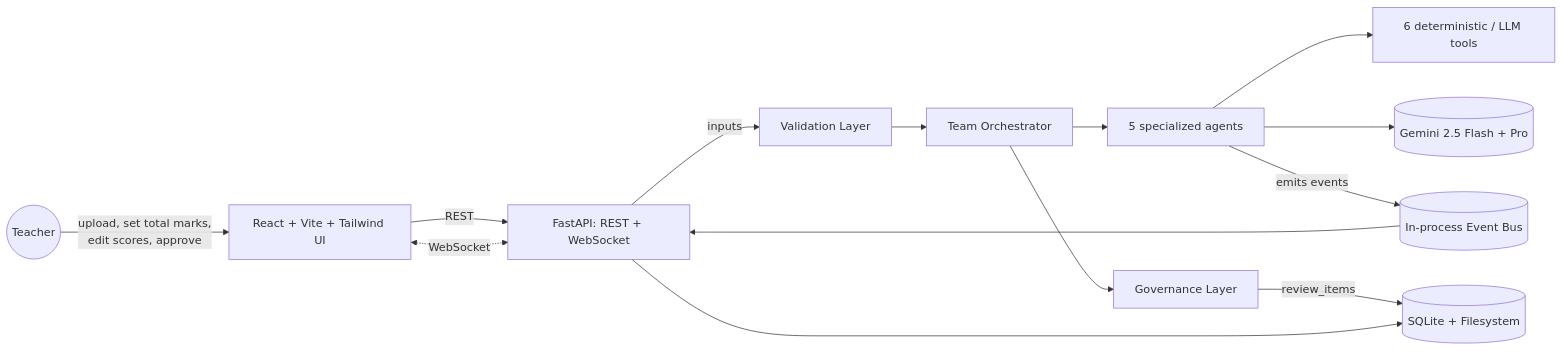
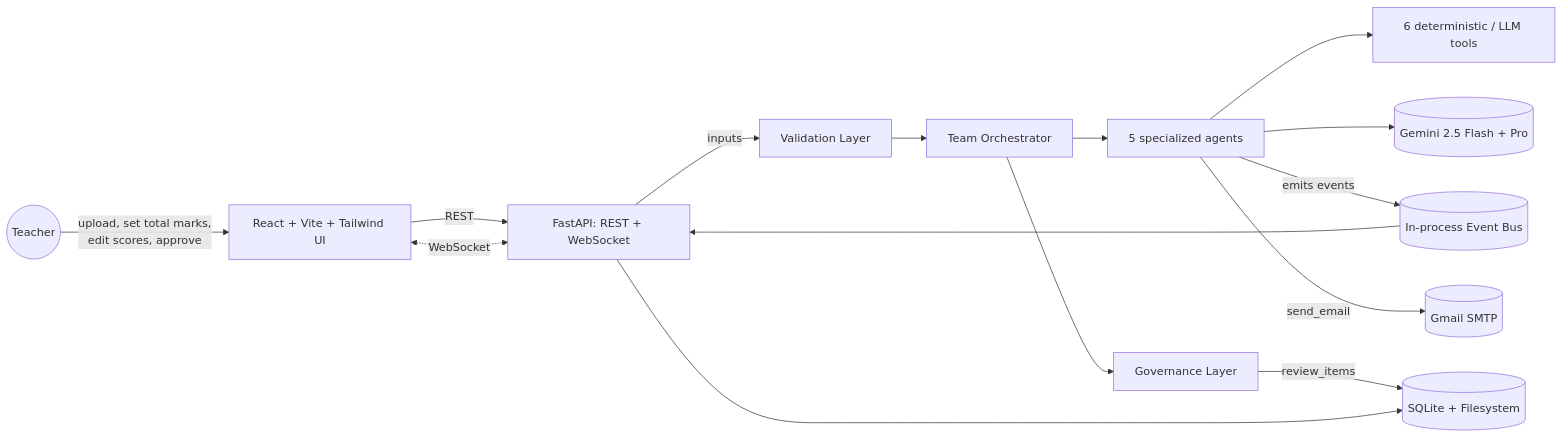
One commit to AhsanAli-exe/EvalAnime-MultiAgent-AI-Grading-System changed the first of 6 diagrams in TECHNICAL-DESIGN.md. Above: the diagram before and after it, drawn with Mermaid. The commit also changed other lines of this file and 21 other files, not shown here.

````diff
--- a/TECHNICAL-DESIGN.md
+++ b/TECHNICAL-DESIGN.md
@@ -107,28 +170,30 @@
 ```mermaid
 flowchart LR
     Teacher((Teacher))
     UI[React + Vite + Tailwind UI]
     API[FastAPI: REST + WebSocket]
     VAL[Validation Layer]
     BUS[(In-process Event Bus)]
     ORCH[Team Orchestrator]
     AGENTS[5 specialized agents]
     TOOLS[6 deterministic / LLM tools]
     GOV[Governance Layer]
     DB[(SQLite + Filesystem)]
     LLM[(Gemini 2.5 Flash + Pro)]
+    SMTP[(Gmail SMTP)]
 
     Teacher -- upload, set total marks,<br/>edit scores, approve --> UI
     UI -- REST --> API
     UI <-. WebSocket .-> API
     API -- inputs --> VAL
     VAL --> ORCH
     ORCH --> AGENTS
     AGENTS --> TOOLS
     AGENTS --> LLM
     AGENTS -- emits events --> BUS
     BUS --> API
     ORCH --> GOV
     GOV -- review_items --> DB
     API --> DB
+    AGENTS -- send_email --> SMTP
 ```
````
